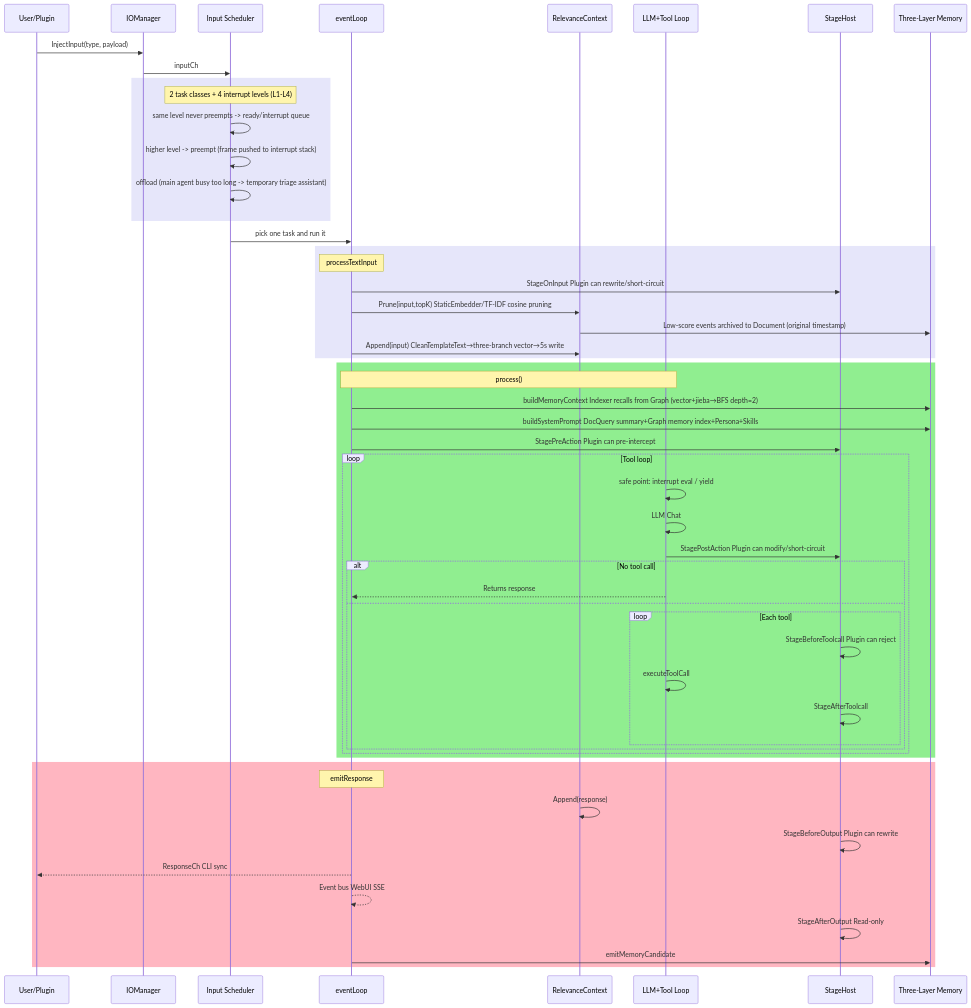
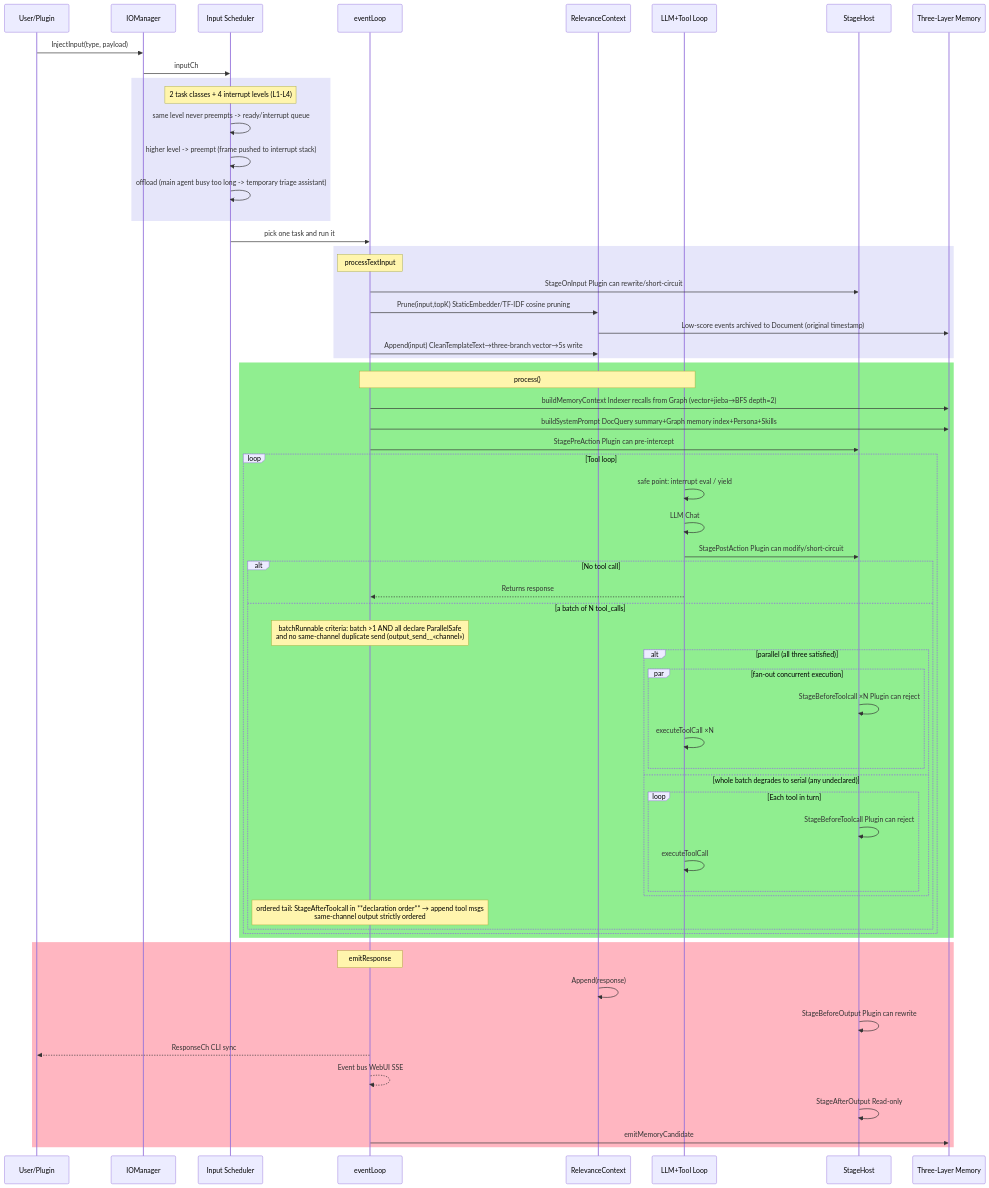
One commit to JianFeeeee/HomeAgent changed the first of 3 diagrams in README_EN.md. Above: the diagram before and after it, drawn with Mermaid. The commit also changed other lines of this file and 1 other file, not shown here.

````diff
--- a/README_EN.md
+++ b/README_EN.md
@@ -52,57 +52,65 @@
 ```mermaid
 sequenceDiagram
     participant U as User/Plugin
     participant IO as IOManager
     participant SCH as Input Scheduler
     participant EV as eventLoop
     participant CTX as RelevanceContext
     participant LLM as LLM+Tool Loop
     participant ST as StageHost
     participant MEM as Three-Layer Memory
 
     U->>IO: InjectInput(type, payload)
     IO->>SCH: inputCh
     rect lavender
         Note over SCH: 2 task classes + 4 interrupt levels (L1-L4)
         SCH->>SCH: same level never preempts -> ready/interrupt queue
         SCH->>SCH: higher level -> preempt (frame pushed to interrupt stack)
         SCH->>SCH: offload (main agent busy too long -> temporary triage assistant)
     end
     SCH->>EV: pick one task and run it
     rect lavender
         Note over EV: processTextInput
         EV->>ST: StageOnInput  Plugin can rewrite/short-circuit
         EV->>CTX: Prune(input,topK)  StaticEmbedder/TF-IDF cosine pruning
         CTX->>MEM: Low-score events archived to Document (original timestamp)
         EV->>CTX: Append(input)  CleanTemplateText→three-branch vector→5s write
     end
     rect lightgreen
         Note over EV,LLM: process()
         EV->>MEM: buildMemoryContext  Indexer recalls from Graph (vector+jieba→BFS depth=2)
         EV->>MEM: buildSystemPrompt  DocQuery summary+Graph memory index+Persona+Skills
         EV->>ST: StagePreAction  Plugin can pre-intercept
         loop Tool loop
             LLM->>LLM: safe point: interrupt eval / yield
             LLM->>LLM: LLM Chat
             LLM->>ST: StagePostAction  Plugin can modify/short-circuit
             alt No tool call
                 LLM-->>EV: Returns response
-            else
-                loop Each tool
-                    ST->>ST: StageBeforeToolcall  Plugin can reject
-                    LLM->>LLM: executeToolCall
-                    ST->>ST: StageAfterToolcall
+            else a batch of N tool_calls
+                Note over EV: batchRunnable criteria: batch >1 AND all declare ParallelSafe<br/>and no same-channel duplicate send (output_send__«channel»)
+                alt parallel (all three satisfied)
+                    par fan-out concurrent execution
+                        ST->>ST: StageBeforeToolcall ×N  Plugin can reject
+                        LLM->>LLM: executeToolCall ×N
+                    end
+                else whole batch degrades to serial (any undeclared)
+                    loop Each tool in turn
+                        ST->>ST: StageBeforeToolcall  Plugin can reject
+                        LLM->>LLM: executeToolCall
+                    end
                 end
+                Note over EV: ordered tail: StageAfterToolcall in **declaration order** → append tool msgs<br/>same-channel output strictly ordered
             end
         end
     end
     rect lightpink
         Note over EV: emitResponse
         CTX->>CTX: Append(response)
         ST->>ST: StageBeforeOutput  Plugin can rewrite
         EV-->>U: ResponseCh CLI sync
         EV-->>EV: Event bus WebUI SSE
         ST->>ST: StageAfterOutput  Read-only
         EV->>MEM: emitMemoryCandidate
     end
 ```
````
